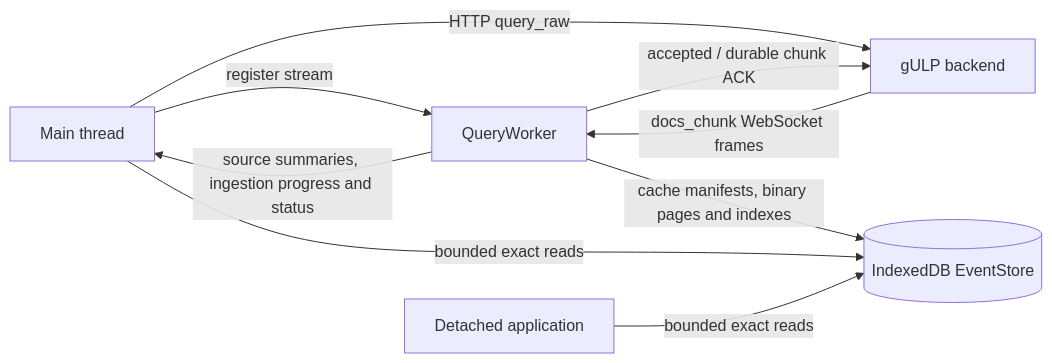
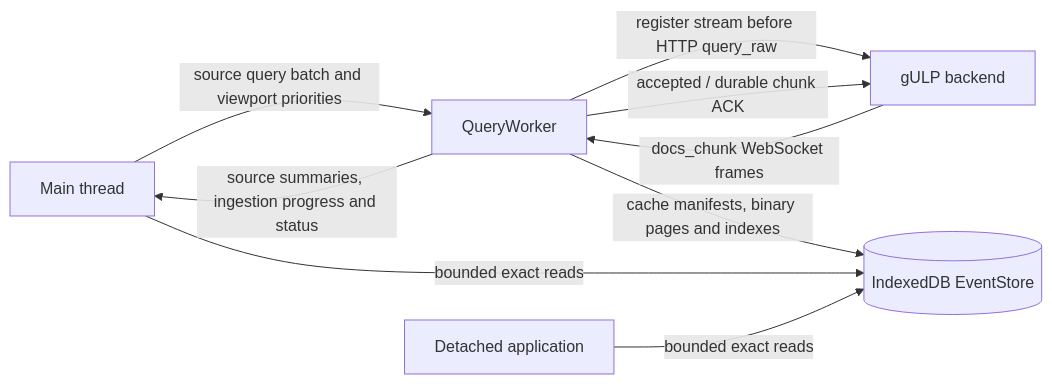
Before and after one commit to mentat-is/gulp: the first of 2 diagrams in docs/webui/query-worker.md, drawn with Mermaid. The commit also changed other lines of this file and 75 other files, not shown here.

Commit message:
ui/render-worker:  enhancing query handling and performance render

````diff
--- a/docs/webui/query-worker.md
+++ b/docs/webui/query-worker.md
@@ -50,11 +50,11 @@
 ```mermaid
 flowchart LR
-    UI[Main thread] -->|register stream| QW[QueryWorker]
-    UI -->|HTTP query_raw| BE[gULP backend]
+    UI[Main thread] -->|source query batch and viewport priorities| QW[QueryWorker]
+    QW -->|register stream before HTTP query_raw| BE[gULP backend]
     BE -->|docs_chunk WebSocket frames| QW
     QW -->|accepted / durable chunk ACK| BE
     QW -->|cache manifests, binary pages and indexes| IDB[(IndexedDB EventStore)]
     QW -->|source summaries, ingestion progress and status| UI
     UI -->|bounded exact reads| IDB
     DA[Detached application] -->|bounded exact reads| IDB
 ```
````
